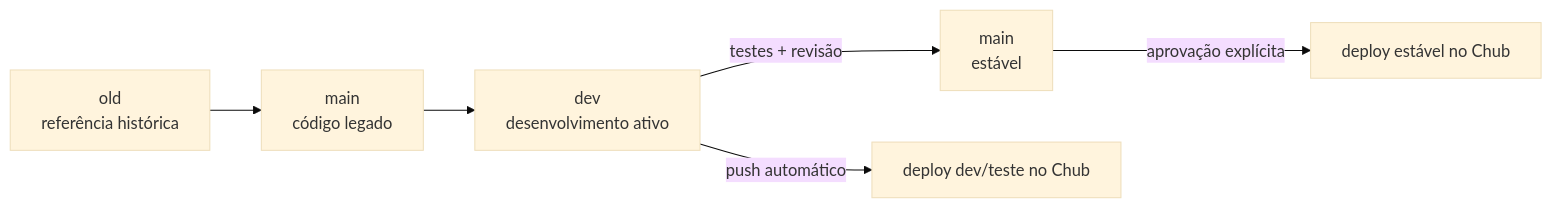
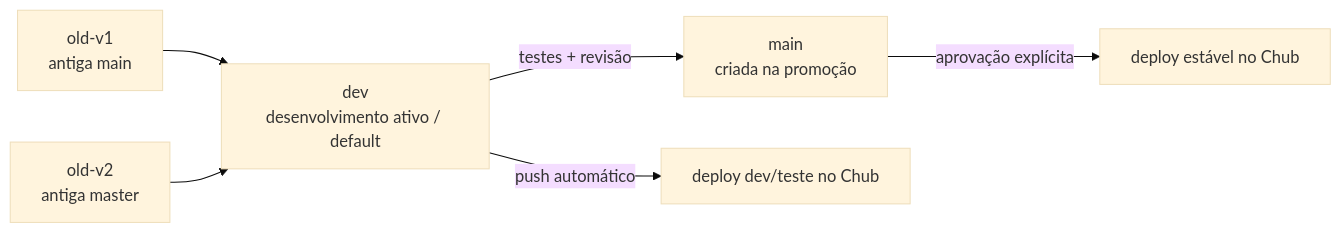
One commit to Travelmond/Eros-Status-Stage changed the diagram in docs/deployment/branch-strategy.md. Above: the diagram before and after it, drawn with Mermaid (base theme). The commit also changed other lines of this file and 12 other files, not shown here.

````diff
--- a/docs/deployment/branch-strategy.md
+++ b/docs/deployment/branch-strategy.md
@@ -30,8 +44,8 @@
 ```mermaid
 flowchart LR
-    A[old<br/>referência histórica] --> B[main<br/>código legado]
-    B --> C[dev<br/>desenvolvimento ativo]
-    C -->|testes + revisão| D[main<br/>estável]
-    D -->|aprovação explícita| E[deploy estável no Chub]
-    C -->|push automático| F[deploy dev/teste no Chub]
+    A[old-v1<br/>antiga main] --> D[dev<br/>desenvolvimento ativo / default]
+    B[old-v2<br/>antiga master] --> D
+    D -->|testes + revisão| C[main<br/>criada na promoção]
+    C -->|aprovação explícita| E[deploy estável no Chub]
+    D -->|push automático| F[deploy dev/teste no Chub]
 ```
````
